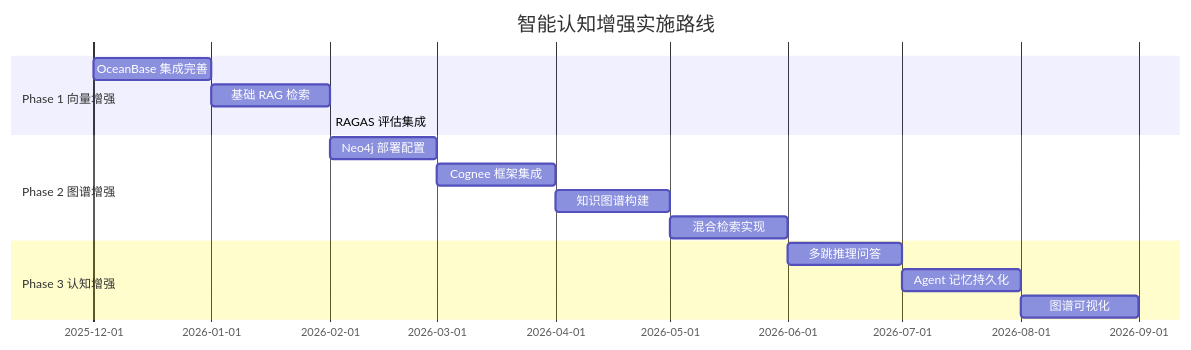
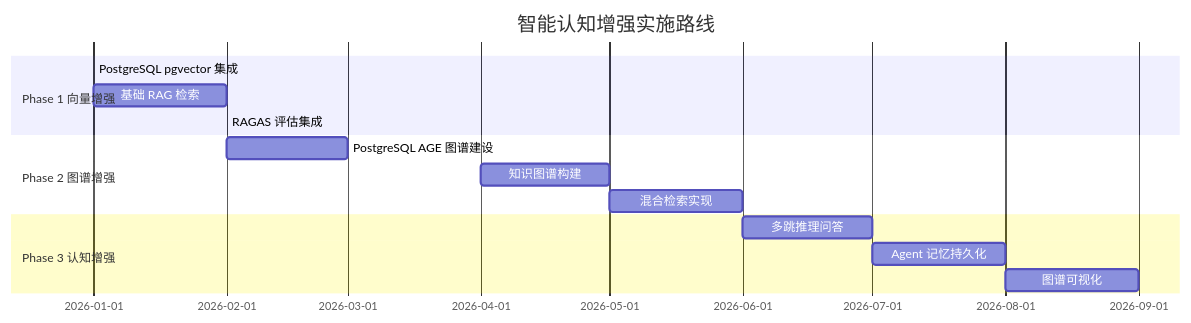
Before and after one commit to ThreeFish-AI/negentropy: diagram 22 of 22 in docs/research/000-cognitive-enhancement.md, drawn with Mermaid. The commit also changed other lines of this file, not shown here.

````diff
--- a/docs/research/000-cognitive-enhancement.md
+++ b/docs/research/000-cognitive-enhancement.md
@@ -1515,18 +1515,17 @@
 ```mermaid
 gantt
     title 智能认知增强实施路线
     dateFormat  YYYY-MM
     section Phase 1 向量增强
-    OceanBase 集成完善      :2025-12, 2026-01
-    基础 RAG 检索           :2026-01, 2026-02
-    RAGAS 评估集成          :2026-02, 2026-02
+    PostgreSQL pgvector 集成  :2025-12, 2026-01, done
+    基础 RAG 检索             :2026-01, 2026-02
+    RAGAS 评估集成            :2026-02, 2026-02
     section Phase 2 图谱增强
-    Neo4j 部署配置          :2026-02, 2026-03
-    Cognee 框架集成         :2026-03, 2026-04
-    知识图谱构建            :2026-04, 2026-05
-    混合检索实现            :2026-05, 2026-06
+    PostgreSQL AGE 图谱建设   :2026-02, 2026-03
+    知识图谱构建              :2026-04, 2026-05
+    混合检索实现              :2026-05, 2026-06
     section Phase 3 认知增强
     多跳推理问答            :2026-06, 2026-07
     Agent 记忆持久化        :2026-07, 2026-08
     图谱可视化              :2026-08, 2026-09
 ```
````
